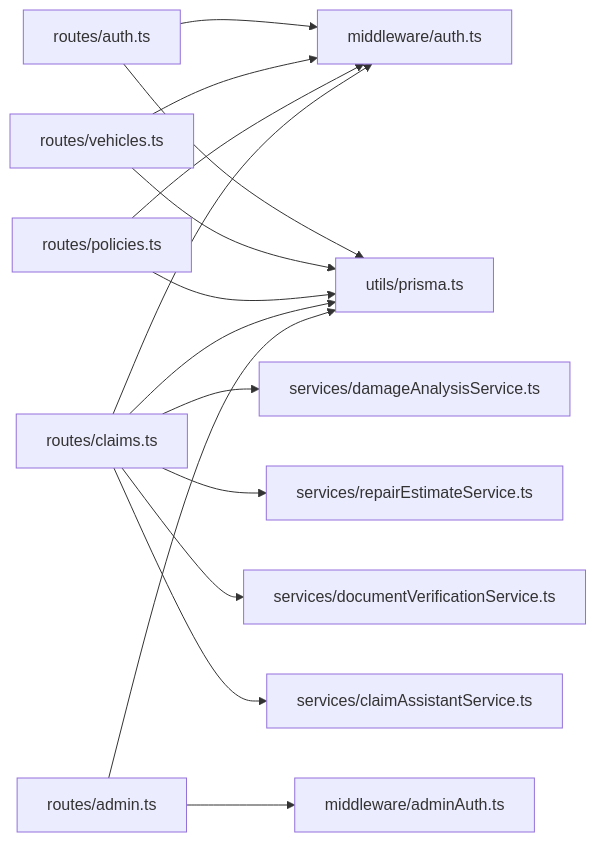
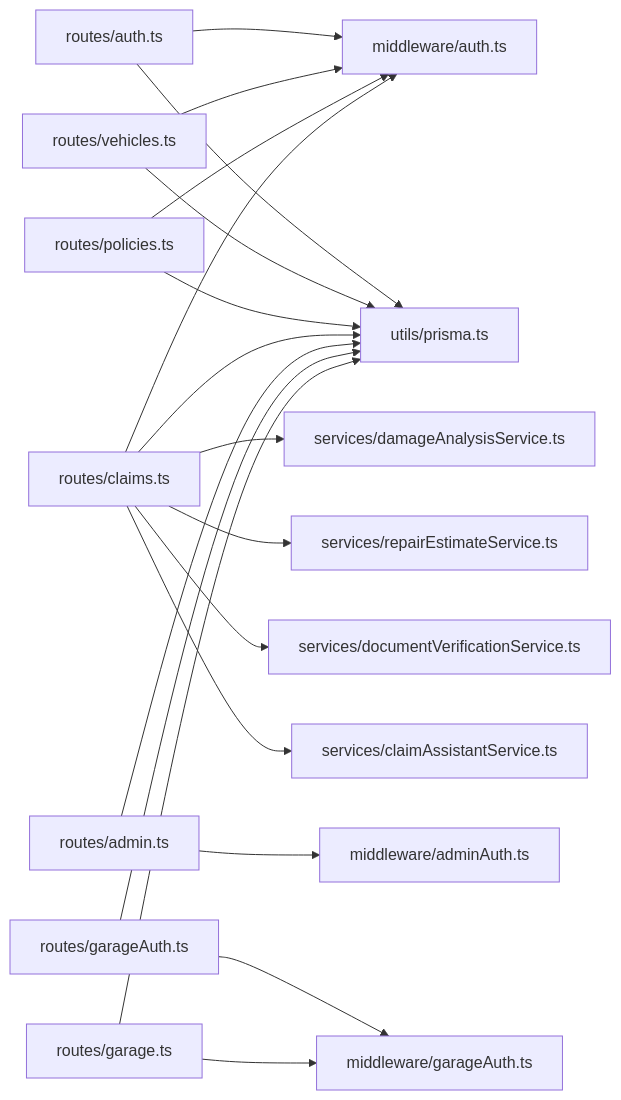
The third of 3 diagrams in .qoder/repowiki/en/content/API Reference/API Reference.md (NaveenHiranya/Smart-Vehicle-Insurance-Claim-System), drawn with Mermaid before and after one commit. The commit also changed other lines of this file and 87 other files, not shown here.

````diff
--- a/.qoder/repowiki/en/content/API Reference/API Reference.md
+++ b/.qoder/repowiki/en/content/API Reference/API Reference.md
@@ -374,13 +464,15 @@
 ```mermaid
 graph LR
 A["routes/auth.ts"] --> M1["middleware/auth.ts"]
 B["routes/vehicles.ts"] --> M1
 C["routes/policies.ts"] --> M1
 D["routes/claims.ts"] --> M1
 E["routes/admin.ts"] --> M2["middleware/adminAuth.ts"]
+F["routes/garageAuth.ts"] --> M3["middleware/garageAuth.ts"]
+G["routes/garage.ts"] --> M3
 D --> S1["services/damageAnalysisService.ts"]
 D --> S2["services/repairEstimateService.ts"]
 D --> S3["services/documentVerificationService.ts"]
 D --> S4["services/claimAssistantService.ts"]
-A & B & C & D & E --> P["utils/prisma.ts"]
+A & B & C & D & E & F & G --> P["utils/prisma.ts"]
 ```
````
